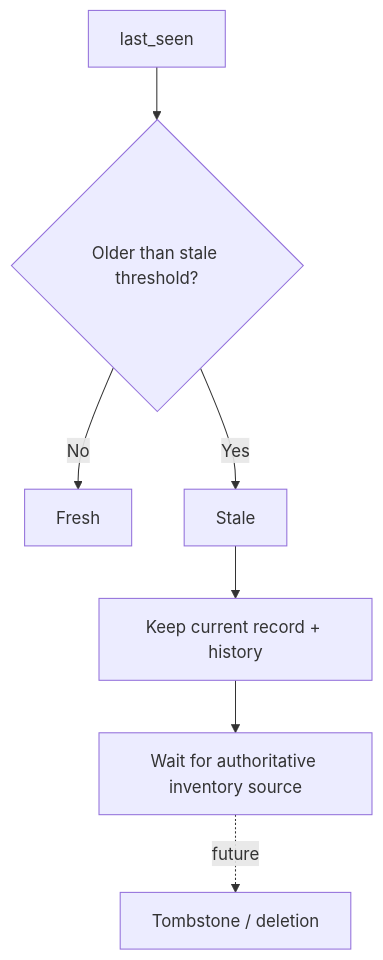
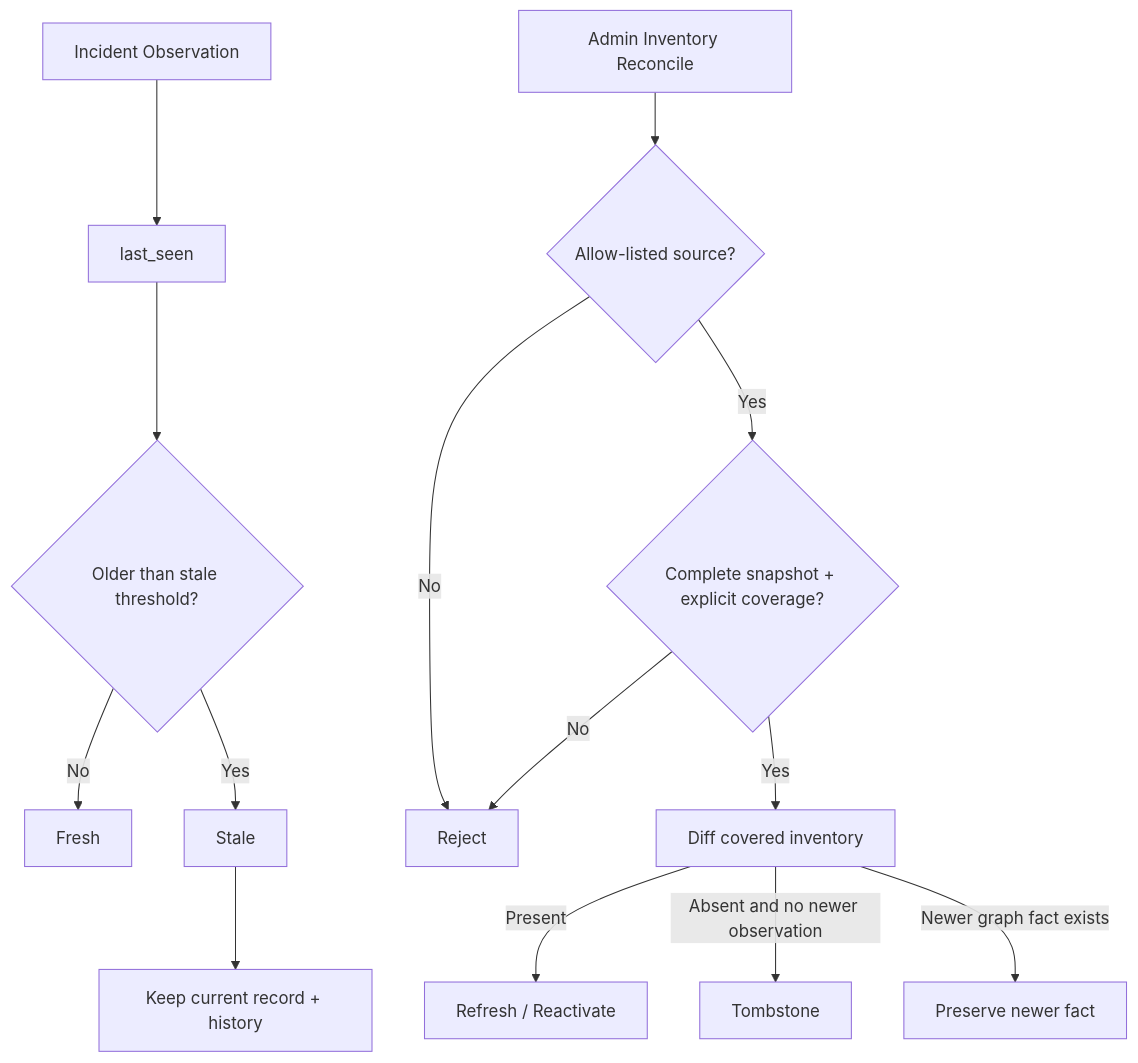
One commit to marcocristofolini/ai-sre-rca changed diagram 17 of 22 in docs/architecture.md. Above: the diagram before and after it, drawn with Mermaid. The commit also changed other lines of this file, not shown here.

Commit message:
docs: update architecture for authoritative tombstones

````diff
--- a/docs/architecture.md
+++ b/docs/architecture.md
@@ -439,9 +439,17 @@
 ```mermaid
 flowchart TD
-    LS[last_seen] --> CMP{Older than stale threshold?}
+    INC[Incident Observation] --> LS[last_seen]
+    LS --> CMP{Older than stale threshold?}
     CMP -->|No| F[Fresh]
     CMP -->|Yes| S[Stale]
     S --> KEEP[Keep current record + history]
-    KEEP --> WAIT[Wait for authoritative inventory source]
-    WAIT -. future .-> T[Tombstone / deletion]
+
+    API[Admin Inventory Reconcile] --> SRC{Allow-listed source?}
+    SRC -->|No| DENY[Reject]
+    SRC -->|Yes| COMPLETE{Complete snapshot + explicit coverage?}
+    COMPLETE -->|No| DENY
+    COMPLETE -->|Yes| DIFF[Diff covered inventory]
+    DIFF -->|Present| REFRESH[Refresh / Reactivate]
+    DIFF -->|Absent and no newer observation| T[Tombstone]
+    DIFF -->|Newer graph fact exists| PRESERVE[Preserve newer fact]
 ```
````
